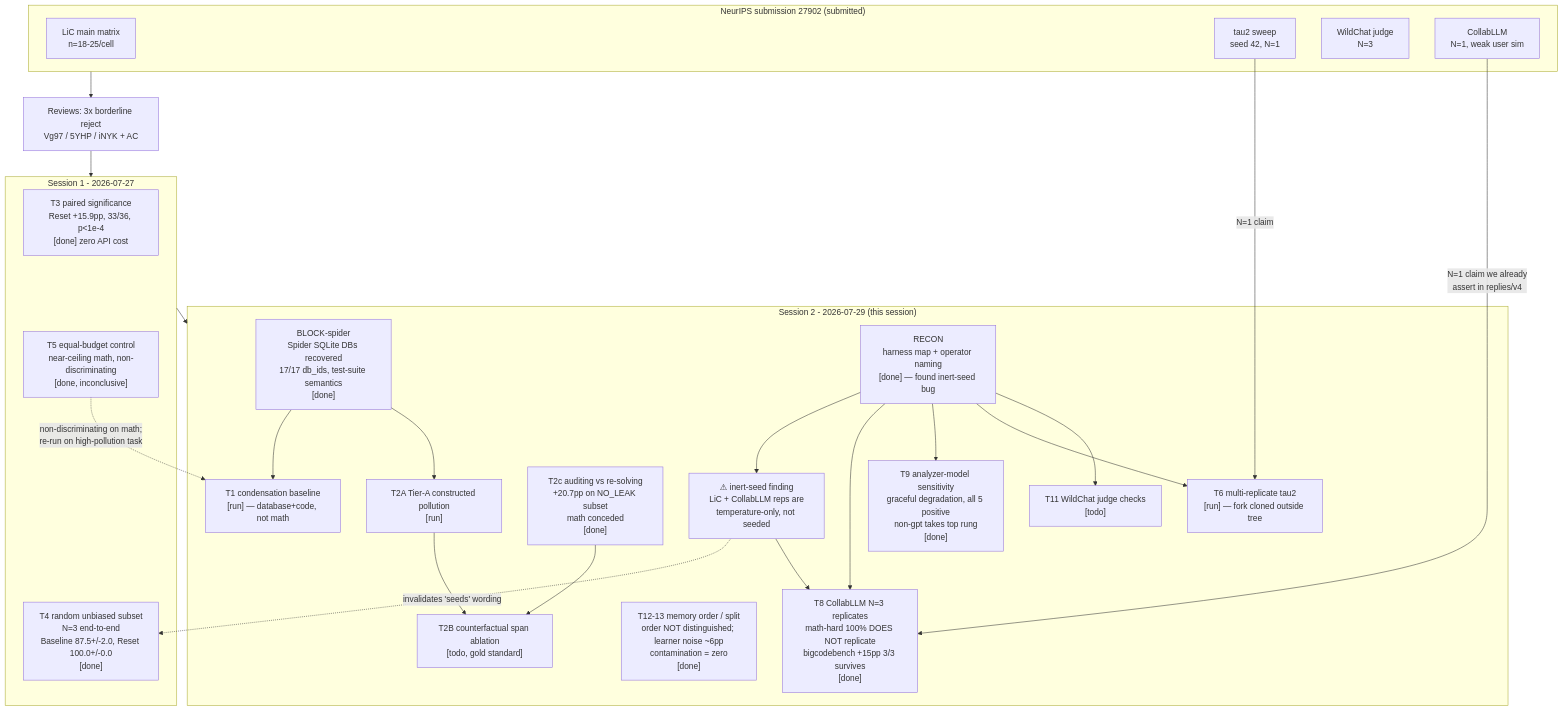
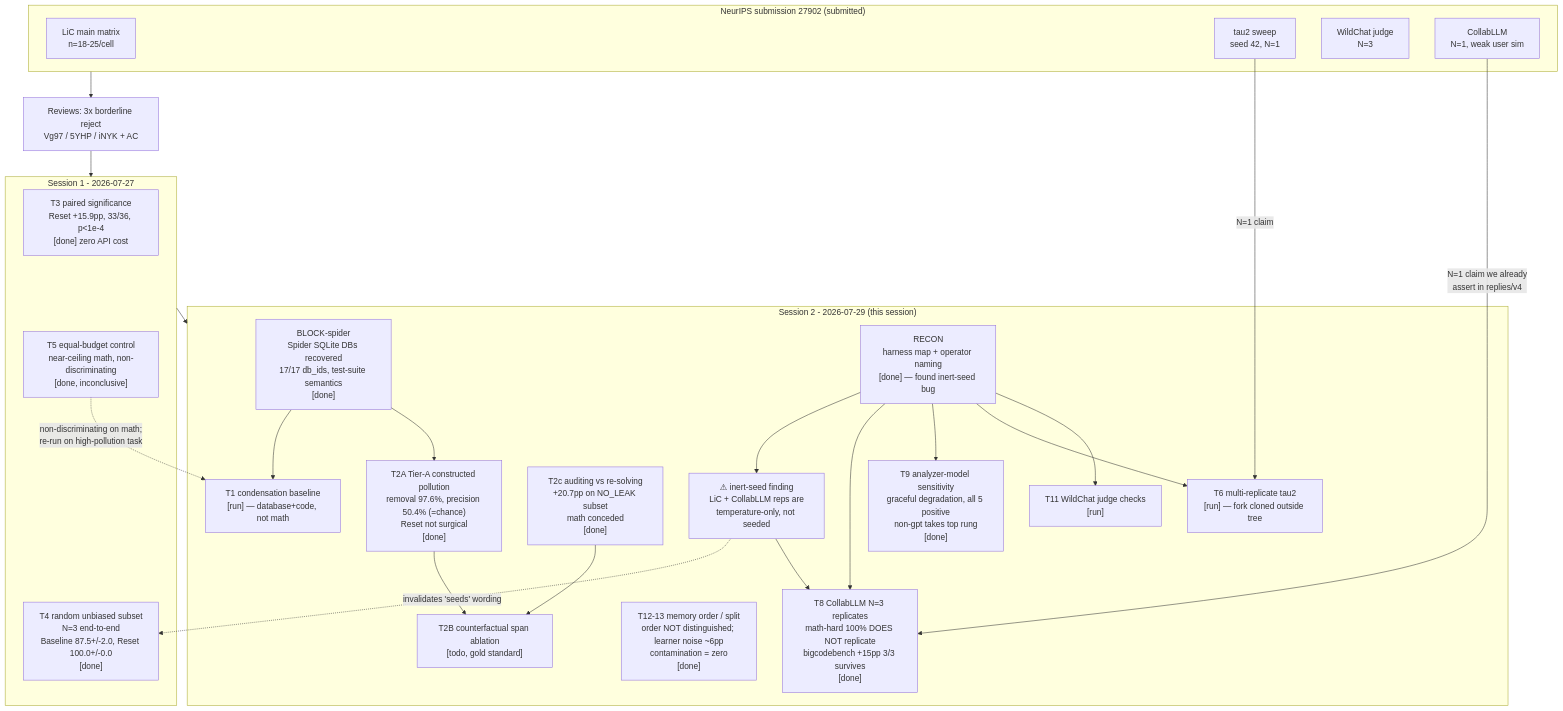
Before and after one commit to matt-seb-ho/ctx_editor: the diagram in neurips_review/autoresearch/PROVENANCE.md, drawn with Mermaid. The commit also changed other lines of this file and 6 other files, not shown here.

Commit message:
feat(rebuttal): T2A results — detection strong, Reset selectivity at chance; dispatch T11

````diff
--- a/neurips_review/autoresearch/PROVENANCE.md
+++ b/neurips_review/autoresearch/PROVENANCE.md
@@ -11,51 +11,51 @@
 ```mermaid
 graph TD
   subgraph PAPER["NeurIPS submission 27902 (submitted)"]
     P0["LiC main matrix<br/>n=18-25/cell"]
     P1["tau2 sweep<br/>seed 42, N=1"]
     P2["WildChat judge<br/>N=3"]
     P3["CollabLLM<br/>N=1, weak user sim"]
   end
 
   R["Reviews: 3x borderline reject<br/>Vg97 / 5YHP / iNYK + AC"]
   PAPER --> R
 
   subgraph S1["Session 1 - 2026-07-27"]
     T3["T3 paired significance<br/>Reset +15.9pp, 33/36, p&lt;1e-4<br/>[done] zero API cost"]
     T4["T4 random unbiased subset<br/>N=3 end-to-end<br/>Baseline 87.5+/-2.0, Reset 100.0+/-0.0<br/>[done]"]
     T5["T5 equal-budget control<br/>near-ceiling math, non-discriminating<br/>[done, inconclusive]"]
   end
   R --> S1
 
   subgraph S2["Session 2 - 2026-07-29 (this session)"]
     BLK["BLOCK-spider<br/>Spider SQLite DBs recovered<br/>17/17 db_ids, test-suite semantics<br/>[done]"]
     RC["RECON<br/>harness map + operator naming<br/>[done] — found inert-seed bug"]
     T8["T8 CollabLLM N=3 replicates<br/>math-hard 100% DOES NOT replicate<br/>bigcodebench +15pp 3/3 survives<br/>[done]"]
     T9["T9 analyzer-model sensitivity<br/>graceful degradation, all 5 positive<br/>non-gpt takes top rung<br/>[done]"]
-    T2A["T2A Tier-A constructed pollution<br/>[run]"]
+    T2A["T2A Tier-A constructed pollution<br/>removal 97.6%, precision 50.4% (=chance)<br/>Reset not surgical<br/>[done]"]
     T2C["T2c auditing vs re-solving<br/>+20.7pp on NO_LEAK subset<br/>math conceded<br/>[done]"]
     T1["T1 condensation baseline<br/>[run] — database+code, not math"]
-    T11["T11 WildChat judge checks<br/>[todo]"]
+    T11["T11 WildChat judge checks<br/>[run]"]
     T12["T12-13 memory order / split<br/>order NOT distinguished; learner noise ~6pp<br/>contamination = zero<br/>[done]"]
     T6["T6 multi-replicate tau2<br/>[run] — fork cloned outside tree"]
     T2B["T2B counterfactual span ablation<br/>[todo, gold standard]"]
     SEED["⚠ inert-seed finding<br/>LiC + CollabLLM reps are<br/>temperature-only, not seeded"]
   end
   S1 --> S2
 
   RC --> SEED
   SEED -.->|"invalidates 'seeds' wording"| T4
   SEED --> T8
   RC --> T8
   RC --> T9
   RC --> T6
   RC --> T11
   BLK --> T1
   BLK --> T2A
   T5 -.->|"non-discriminating on math;<br/>re-run on high-pollution task"| T1
   T2A --> T2B
   T2C --> T2B
 
   P3 -->|"N=1 claim we already<br/>assert in replies/v4"| T8
   P1 -->|"N=1 claim"| T6
 ```
````
